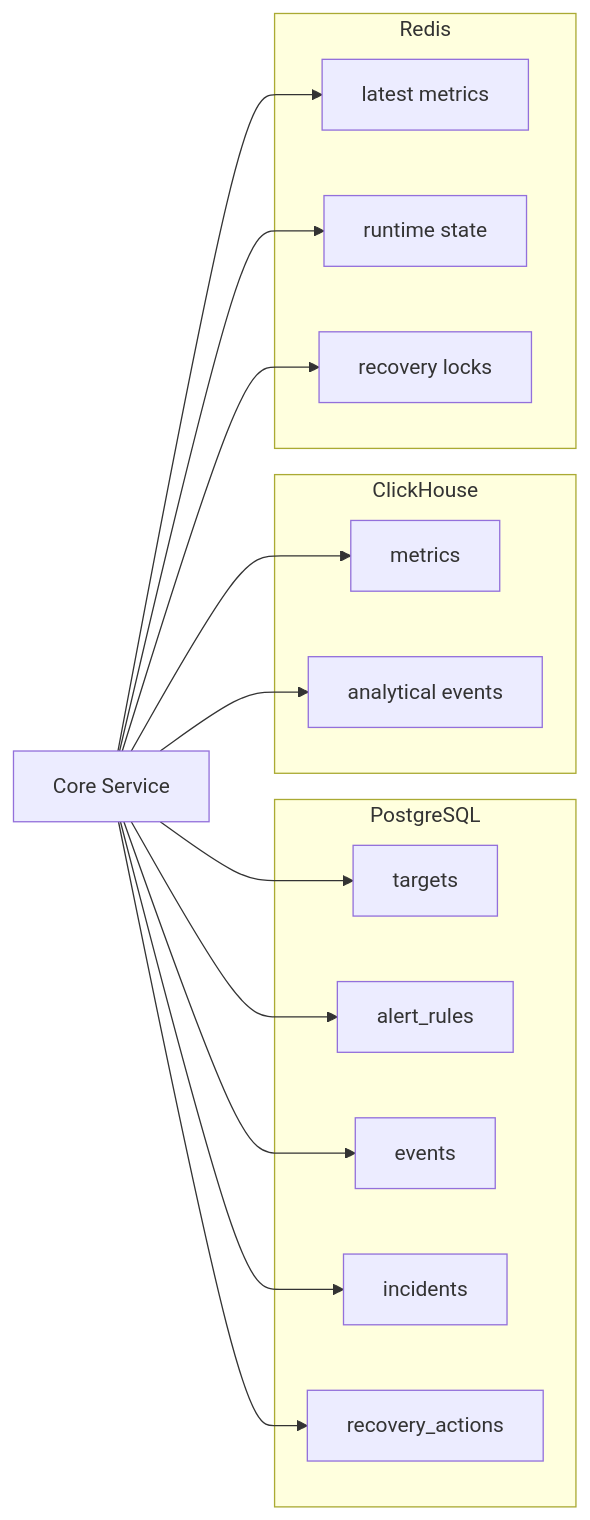
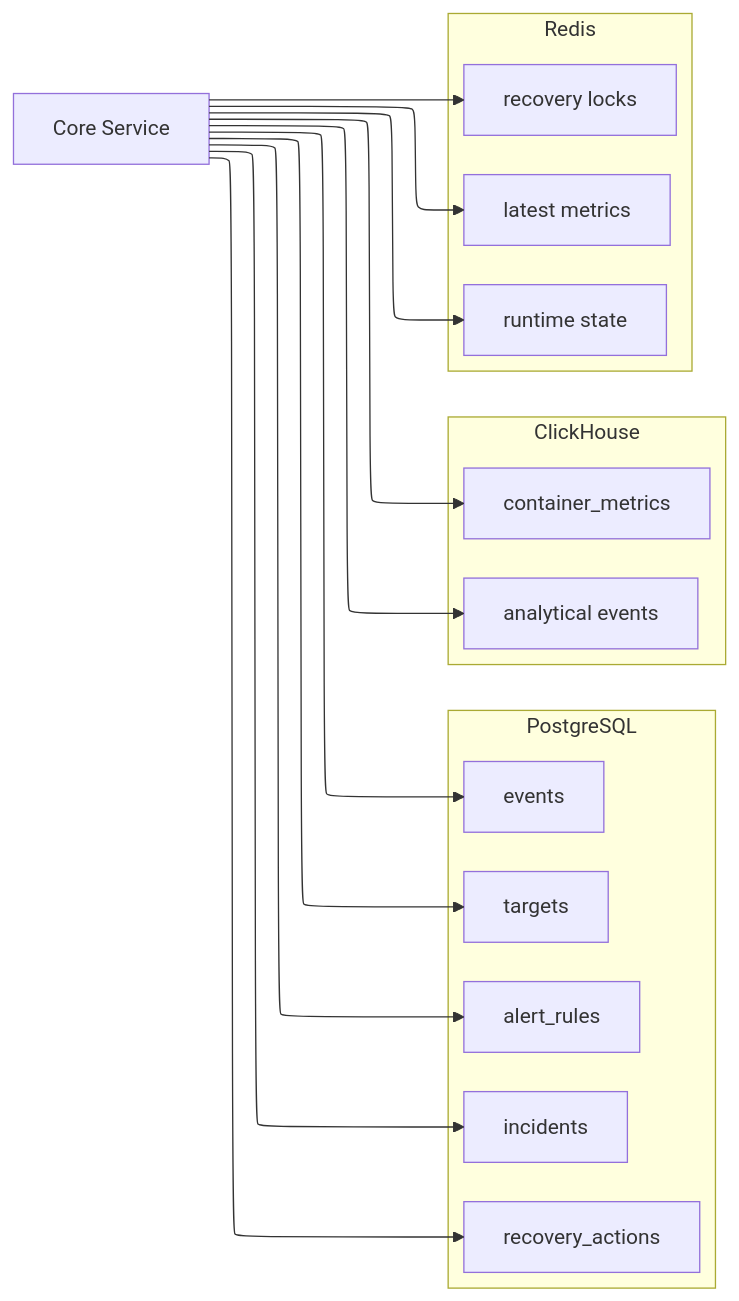
Diagram 11 of 24 in docs/uml-diagrams.md (MTXIK/container-monitoring), drawn with Mermaid before and after one commit. The commit also changed other lines of this file, not shown here.

Commit message:
update diagrams

````diff
--- a/docs/uml-diagrams.md
+++ b/docs/uml-diagrams.md
@@ -343,34 +392,38 @@
 ```mermaid
+%%{init: {"flowchart": {"defaultRenderer": "elk"}} }%%
 flowchart LR
     Core["Core Service"]
 
     subgraph PostgreSQL["PostgreSQL"]
+        direction TB
         Targets["targets"]
         Rules["alert_rules"]
         PgEvents["events"]
         Incidents["incidents"]
         Actions["recovery_actions"]
     end
 
     subgraph ClickHouse["ClickHouse"]
-        Metrics["metrics"]
+        direction TB
+        Metrics["container_metrics"]
         AnalyticalEvents["analytical events"]
     end
 
     subgraph Redis["Redis"]
+        direction TB
         Latest["latest metrics"]
         Runtime["runtime state"]
         Locks["recovery locks"]
     end
 
     Core --> Targets
     Core --> Rules
     Core --> PgEvents
     Core --> Incidents
     Core --> Actions
     Core --> Metrics
     Core --> AnalyticalEvents
     Core --> Latest
     Core --> Runtime
     Core --> Locks
 ```
````
